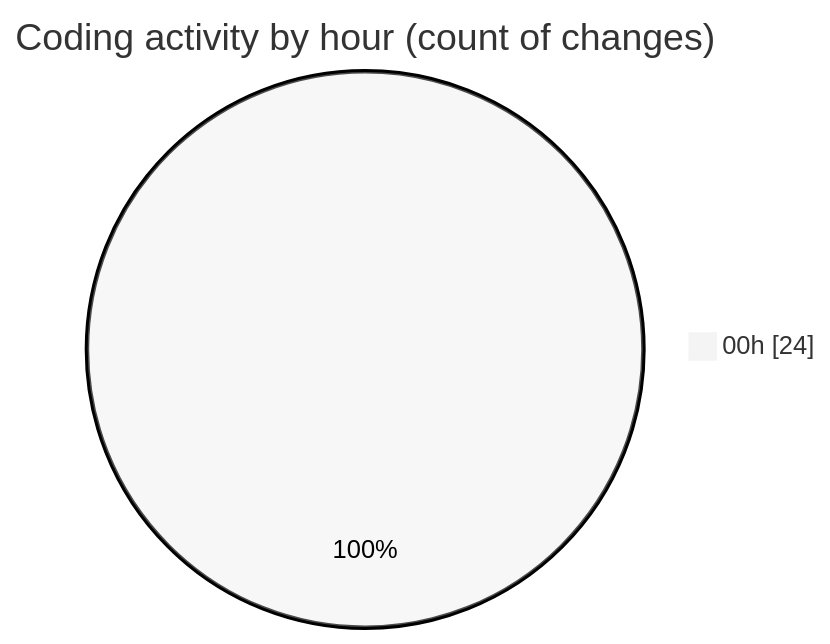
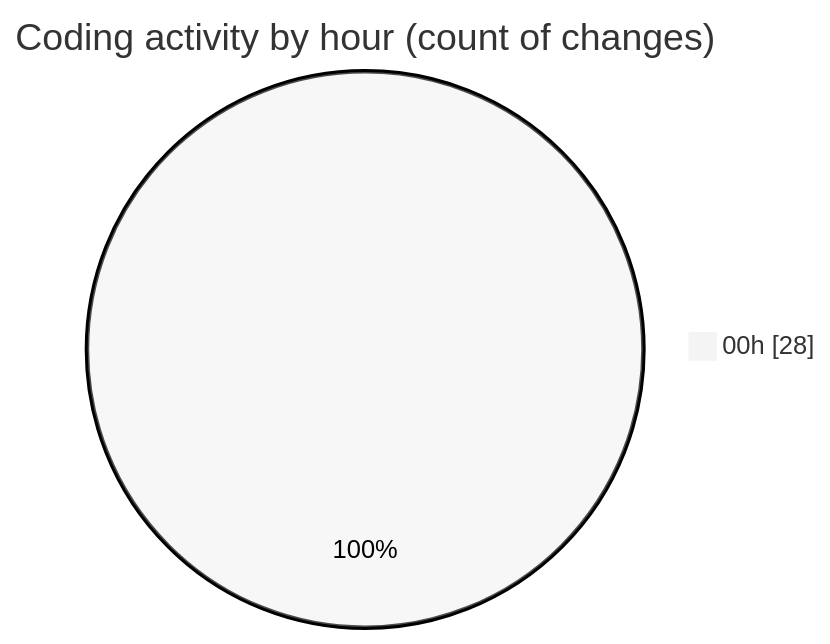
Before and after one commit to lephambinh05/code-tracking: the second of 2 diagrams in 2025-07-26/quanlyrapchieuphim-1/README.md, drawn with Mermaid (neutral theme). The commit also changed other lines of this file and 1 other file, not shown here.

````diff
--- a/2025-07-26/quanlyrapchieuphim-1/README.md
+++ b/2025-07-26/quanlyrapchieuphim-1/README.md
@@ -30,5 +30,5 @@
 ```mermaid
 pie showData
 title Coding activity by hour (count of changes)
-"00h" : 24
+"00h" : 28
 ```
````
